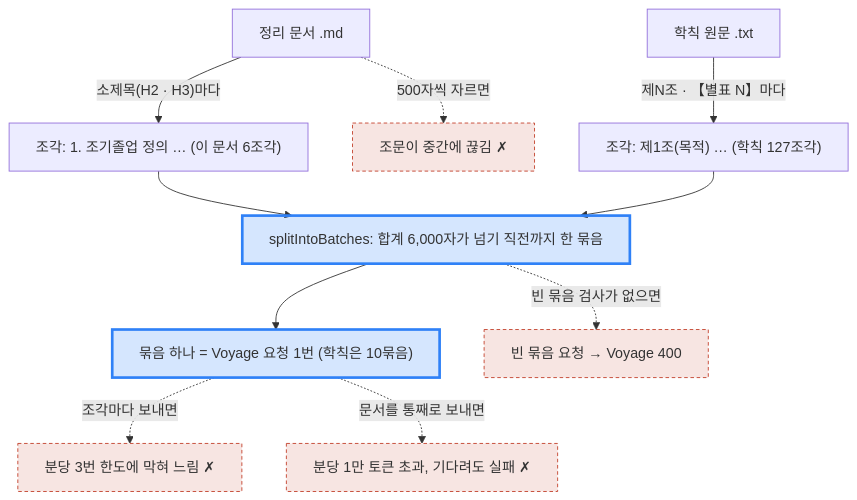
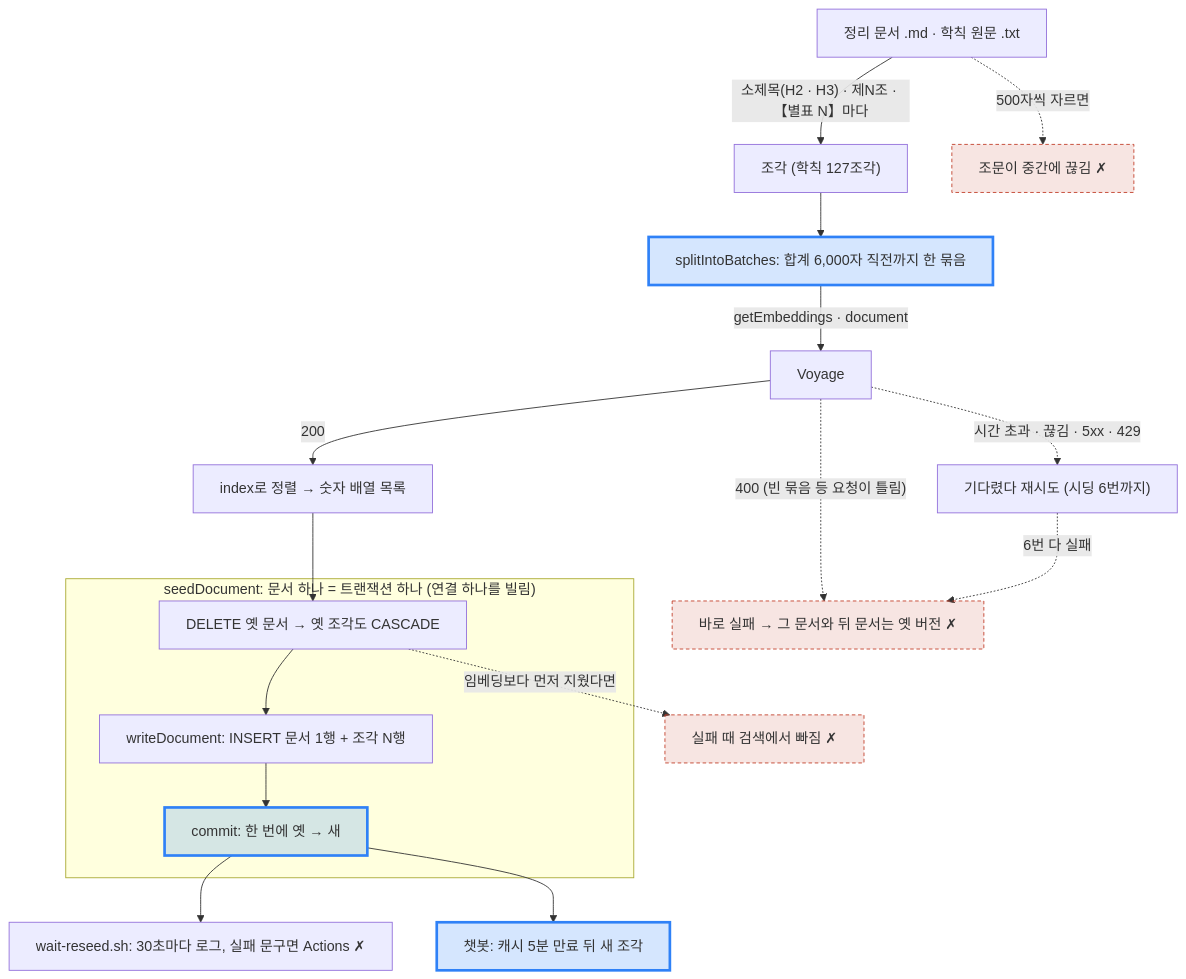
One commit to ChildrenAon/TIL changed the diagram in 2026/November/11-27.md. Above: the diagram before and after it, drawn with Mermaid. The commit also changed other lines of this file and 4 other files, not shown here.

````diff
--- a/2026/November/11-27.md
+++ b/2026/November/11-27.md
@@ -12,17 +16,24 @@
 ```mermaid
 %%{init: {"flowchart": {"wrappingWidth": 600}, "themeCSS": ".edgeLabel div { display: table-cell !important; width: auto !important; max-width: none !important; white-space: nowrap !important; } .edgeLabel p { padding: 5px 12px !important; margin: 0 !important; background: #55555599; } .edgeLabel, .edgeLabel span, .edgeLabel .labelBkg { background: transparent !important; }"}}%%
 flowchart TD
-  A["정리 문서 .md"] -->|"소제목(H2 · H3)마다"| C1["조각: 1. 조기졸업 정의 … (이 문서 6조각)"]
-  B["학칙 원문 .txt"] -->|"제N조 · 【별표 N】마다"| C2["조각: 제1조(목적) … (학칙 127조각)"]
-  C1 --> S["splitIntoBatches: 합계 6,000자가 넘기 직전까지 한 묶음"]
-  C2 --> S
-  S --> V["묶음 하나 = Voyage 요청 1번 (학칙은 10묶음)"]
+  A["정리 문서 .md · 학칙 원문 .txt"] -->|"소제목(H2 · H3) · 제N조 · 【별표 N】마다"| C["조각 (학칙 127조각)"]
+  C --> S["splitIntoBatches: 합계 6,000자 직전까지 한 묶음"]
+  S -->|"getEmbeddings · document"| V["Voyage"]
+  V -->|"200"| R["index로 정렬 → 숫자 배열 목록"]
+  V -.->|"시간 초과 · 끊김 · 5xx · 429"| RT["기다렸다 재시도 (시딩 6번까지)"]
+  V -.->|"400 (빈 묶음 등 요청이 틀림)"| F["바로 실패 → 그 문서와 뒤 문서는 옛 버전 ✗"]
+  RT -.->|"6번 다 실패"| F
+  subgraph T["seedDocument: 문서 하나 = 트랜잭션 하나 (연결 하나를 빌림)"]
+    D["DELETE 옛 문서 → 옛 조각도 CASCADE"] --> W["writeDocument: INSERT 문서 1행 + 조각 N행"]
+    W --> CM["commit: 한 번에 옛 → 새"]
+  end
+  R --> D
+  CM --> L["wait-reseed.sh: 30초마다 로그, 실패 문구면 Actions ✗"]
+  CM --> CC["챗봇: 캐시 5분 만료 뒤 새 조각"]
   A -.->|"500자씩 자르면"| X1["조문이 중간에 끊김 ✗"]
-  V -.->|"조각마다 보내면"| X2["분당 3번 한도에 막혀 느림 ✗"]
-  V -.->|"문서를 통째로 보내면"| X3["분당 1만 토큰 초과, 기다려도 실패 ✗"]
-  S -.->|"빈 묶음 검사가 없으면"| X4["빈 묶음 요청 → Voyage 400"]
+  D -.->|"임베딩보다 먼저 지웠다면"| X2["실패 때 검색에서 빠짐 ✗"]
   classDef seen fill:#2f81f733,stroke:#2f81f7,stroke-width:3px
   classDef bad fill:#c2402a22,stroke:#c2402a,stroke-dasharray:4 3
-  class S,V seen
-  class X1,X2,X3,X4 bad
+  class S,CM,CC seen
+  class F,X1,X2 bad
 ```
````
